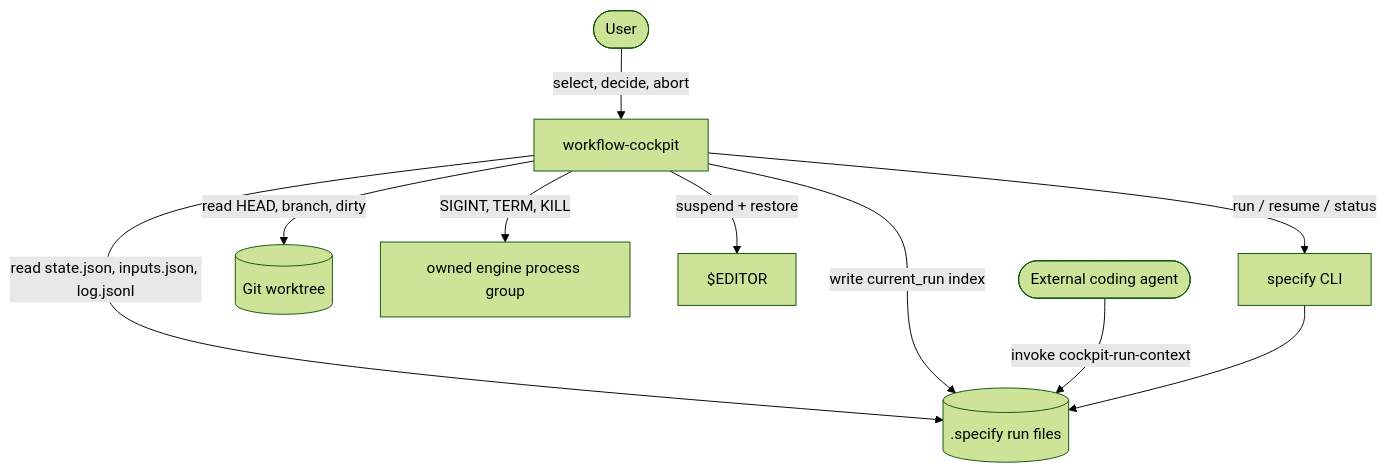
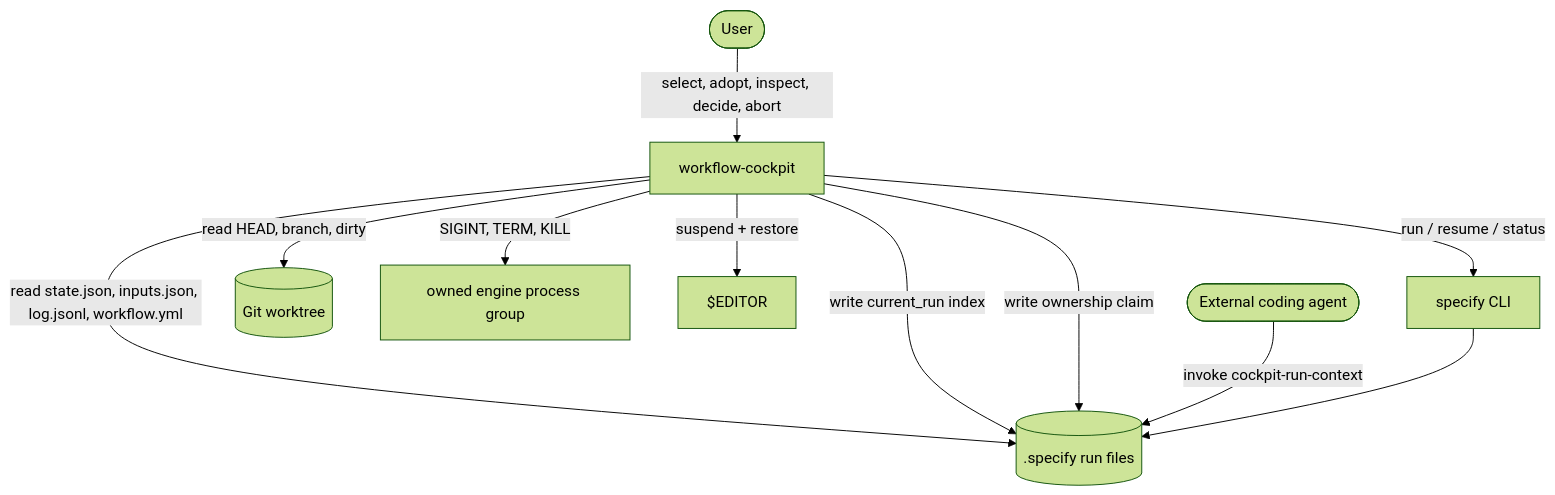
Before and after one commit to markuswondrak/spec-kit-workflow-cockpit: the diagram in docs/architecture/03-context-and-scope.md, drawn with Mermaid (forest theme). The commit also changed other lines of this file and 48 other files, not shown here.

````diff
--- a/docs/architecture/03-context-and-scope.md
+++ b/docs/architecture/03-context-and-scope.md
@@ -14,12 +15,13 @@
 ```mermaid
 flowchart TB
-    user([User]) -->|select, decide, abort| cockpit[workflow-cockpit]
+    user([User]) -->|select, adopt, inspect, decide, abort| cockpit[workflow-cockpit]
     cockpit -->|run / resume / status| specify[specify CLI]
-    cockpit -->|read state.json, inputs.json, log.jsonl| runfiles[(.specify run files)]
+    cockpit -->|read state.json, inputs.json, log.jsonl, workflow.yml| runfiles[(.specify run files)]
     cockpit -->|read HEAD, branch, dirty| git[(Git worktree)]
     cockpit -->|SIGINT, TERM, KILL| group[owned engine process group]
     cockpit -->|write current_run index| runfiles
+    cockpit -->|write ownership claim| runfiles
     cockpit -->|suspend + restore| editor[$EDITOR]
     agent([External coding agent]) -->|invoke cockpit-run-context| runfiles
     specify --> runfiles
 ```
````
